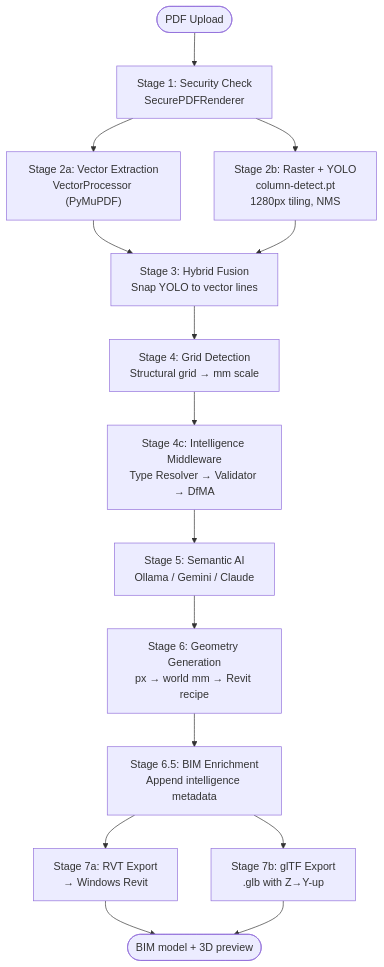
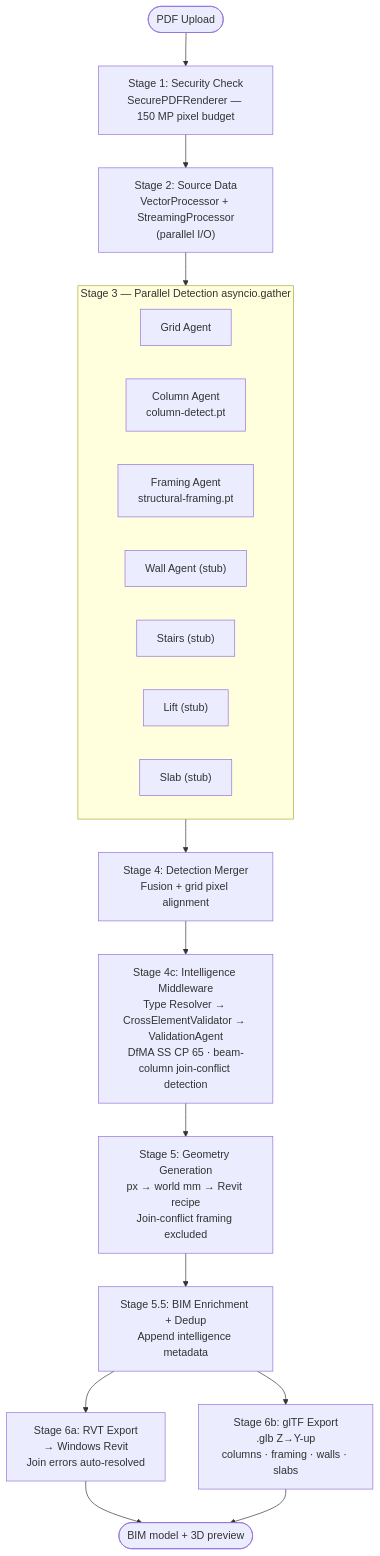
Before and after one commit to josephteh97/mcc-amplify-v4: the second of 3 diagrams in DEPLOYMENT.md, drawn with Mermaid. The commit also changed other lines of this file and 7 other files, not shown here.

````diff
--- a/DEPLOYMENT.md
+++ b/DEPLOYMENT.md
@@ -55,13 +55,26 @@
 ```mermaid
 flowchart TD
-    PDF(["PDF Upload"]) --> SEC["Stage 1: Security Check\nSecurePDFRenderer"]
-    SEC --> VEC["Stage 2a: Vector Extraction\nVectorProcessor (PyMuPDF)"] & RAS["Stage 2b: Raster + YOLO\ncolumn-detect.pt\n1280px tiling, NMS"]
-    VEC & RAS --> FUS["Stage 3: Hybrid Fusion\nSnap YOLO to vector lines"]
-    FUS --> GRD["Stage 4: Grid Detection\nStructural grid → mm scale"]
-    GRD --> INT["Stage 4c: Intelligence Middleware\nType Resolver → Validator → DfMA"]
-    INT --> SEM["Stage 5: Semantic AI\nOllama / Gemini / Claude"]
-    SEM --> GEO["Stage 6: Geometry Generation\npx → world mm → Revit recipe"]
-    GEO --> BTE["Stage 6.5: BIM Enrichment\nAppend intelligence metadata"]
-    BTE --> RVT["Stage 7a: RVT Export\n→ Windows Revit"] & GLT["Stage 7b: glTF Export\n.glb with Z→Y-up"]
+    PDF(["PDF Upload"]) --> SEC["Stage 1: Security Check\nSecurePDFRenderer — 150 MP pixel budget"]
+
+    SEC --> SRC["Stage 2: Source Data\nVectorProcessor + StreamingProcessor\n(parallel I/O)"]
+
+    SRC --> AGENTS
+
+    subgraph AGENTS["Stage 3 — Parallel Detection  asyncio.gather"]
+        direction LR
+        G["Grid Agent"]
+        C["Column Agent\ncolumn-detect.pt"]
+        F["Framing Agent\nstructural-framing.pt"]
+        W["Wall Agent (stub)"]
+        ST["Stairs (stub)"]
+        LI["Lift (stub)"]
+        SL["Slab (stub)"]
+    end
+
+    AGENTS --> MERGE["Stage 4: Detection Merger\nFusion + grid pixel alignment"]
+    MERGE --> INT["Stage 4c: Intelligence Middleware\nType Resolver → CrossElementValidator → ValidationAgent\nDfMA SS CP 65 · beam-column join-conflict detection"]
+    INT --> GEO["Stage 5: Geometry Generation\npx → world mm → Revit recipe\nJoin-conflict framing excluded"]
+    GEO --> BTE["Stage 5.5: BIM Enrichment + Dedup\nAppend intelligence metadata"]
+    BTE --> RVT["Stage 6a: RVT Export\n→ Windows Revit\nJoin errors auto-resolved"] & GLT["Stage 6b: glTF Export\n.glb Z→Y-up\ncolumns · framing · walls · slabs"]
     RVT & GLT --> DONE(["BIM model + 3D preview"])
 ```
````
